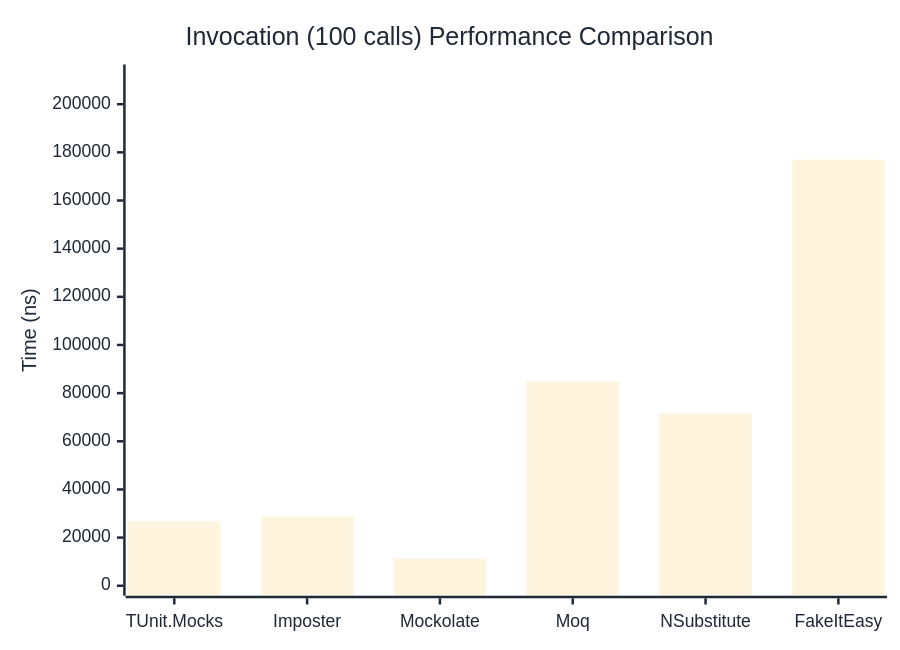
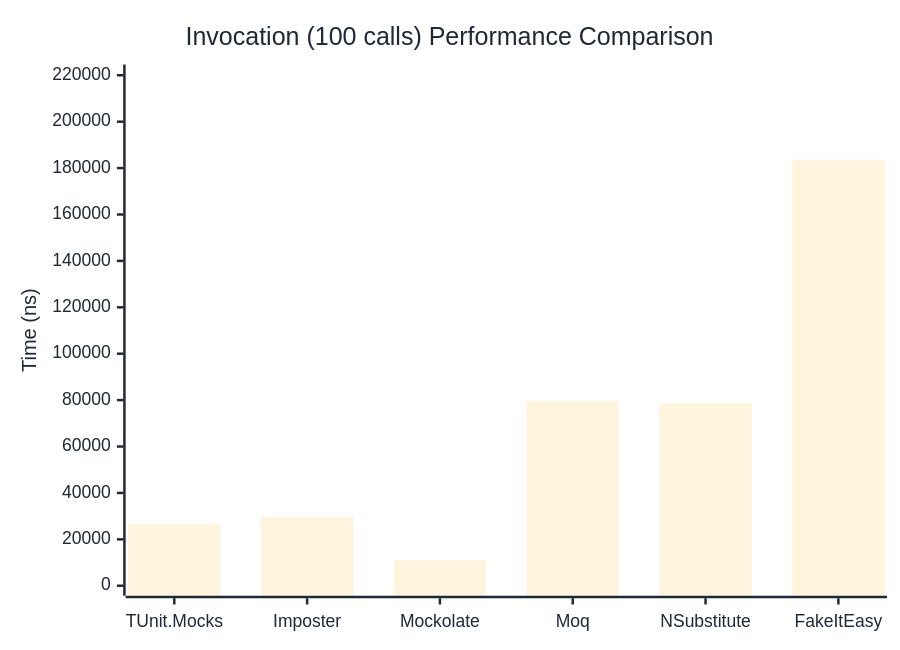
Before and after one commit to thomhurst/TUnit: the third of 3 diagrams in docs/docs/benchmarks/mocks/Invocation.md, drawn with Mermaid. The commit also changed other lines of this file and 14 other files, not shown here.

````diff
--- a/docs/docs/benchmarks/mocks/Invocation.md
+++ b/docs/docs/benchmarks/mocks/Invocation.md
@@ -112,27 +112,27 @@
 ```mermaid
 %%{init: {
   'theme':'base',
   'themeVariables': {
     'primaryColor': '#2563eb',
     'primaryTextColor': '#1f2937',
     'primaryBorderColor': '#1e40af',
     'lineColor': '#6b7280',
     'secondaryColor': '#7c3aed',
     'tertiaryColor': '#dc2626',
     'background': '#ffffff',
     'pie1': '#2563eb',
     'pie2': '#7c3aed',
     'pie3': '#dc2626',
     'pie4': '#f59e0b',
     'pie5': '#10b981',
     'pie6': '#06b6d4',
     'pie7': '#ec4899',
     'pie8': '#6366f1'
   }
 }}%%
 xychart-beta
   title "Invocation (100 calls) Performance Comparison"
   x-axis ["TUnit.Mocks", "Imposter", "Mockolate", "Moq", "NSubstitute", "FakeItEasy"]
-  y-axis "Time (ns)" 0 --> 212334
-  bar [26678.6, 28757.4, 11308.8, 84864, 71655.5, 176945]
+  y-axis "Time (ns)" 0 --> 220335
+  bar [26558.13, 29737.92, 11136.23, 79576.3, 78645.57, 183611.89]
 ```
````
